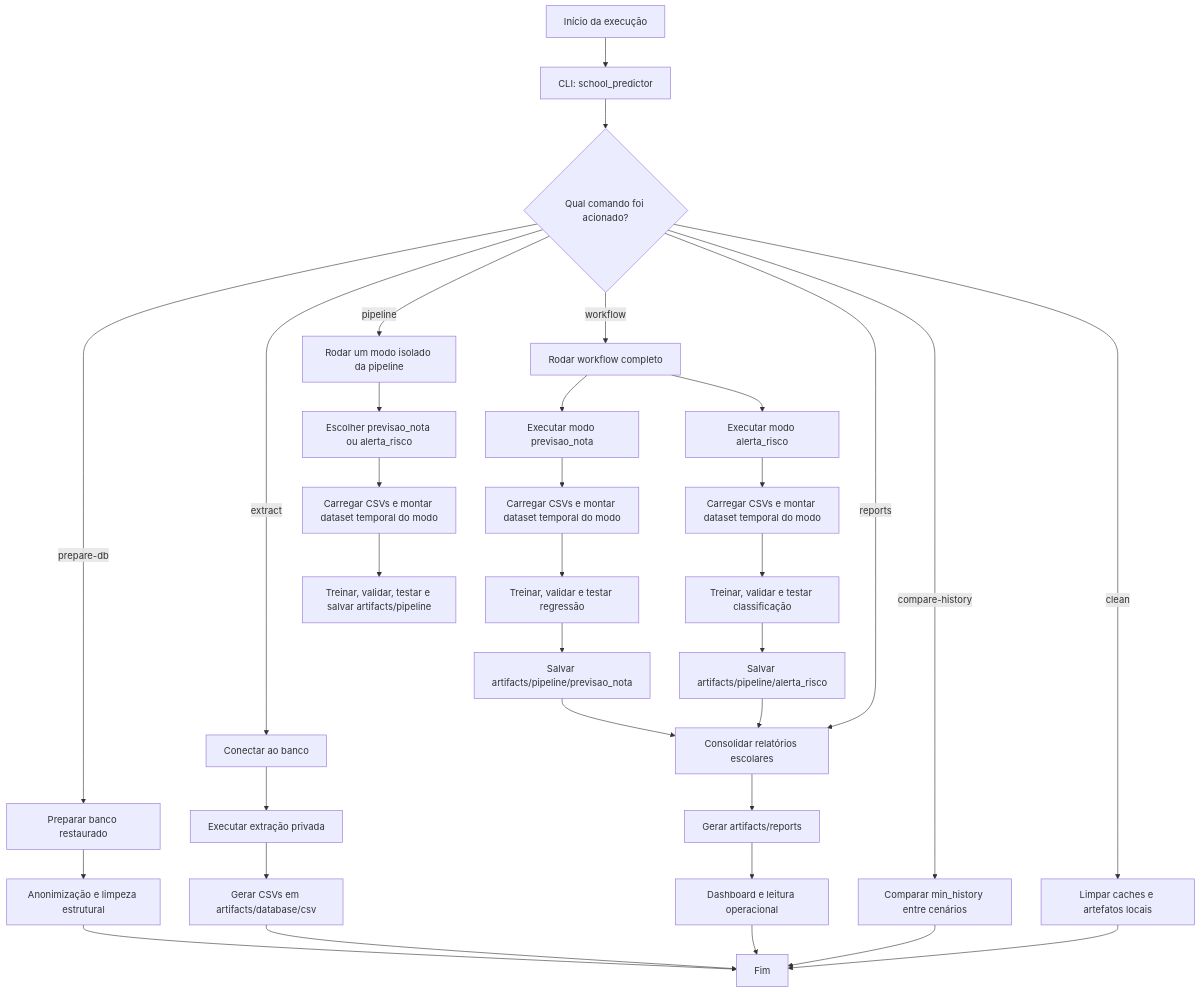
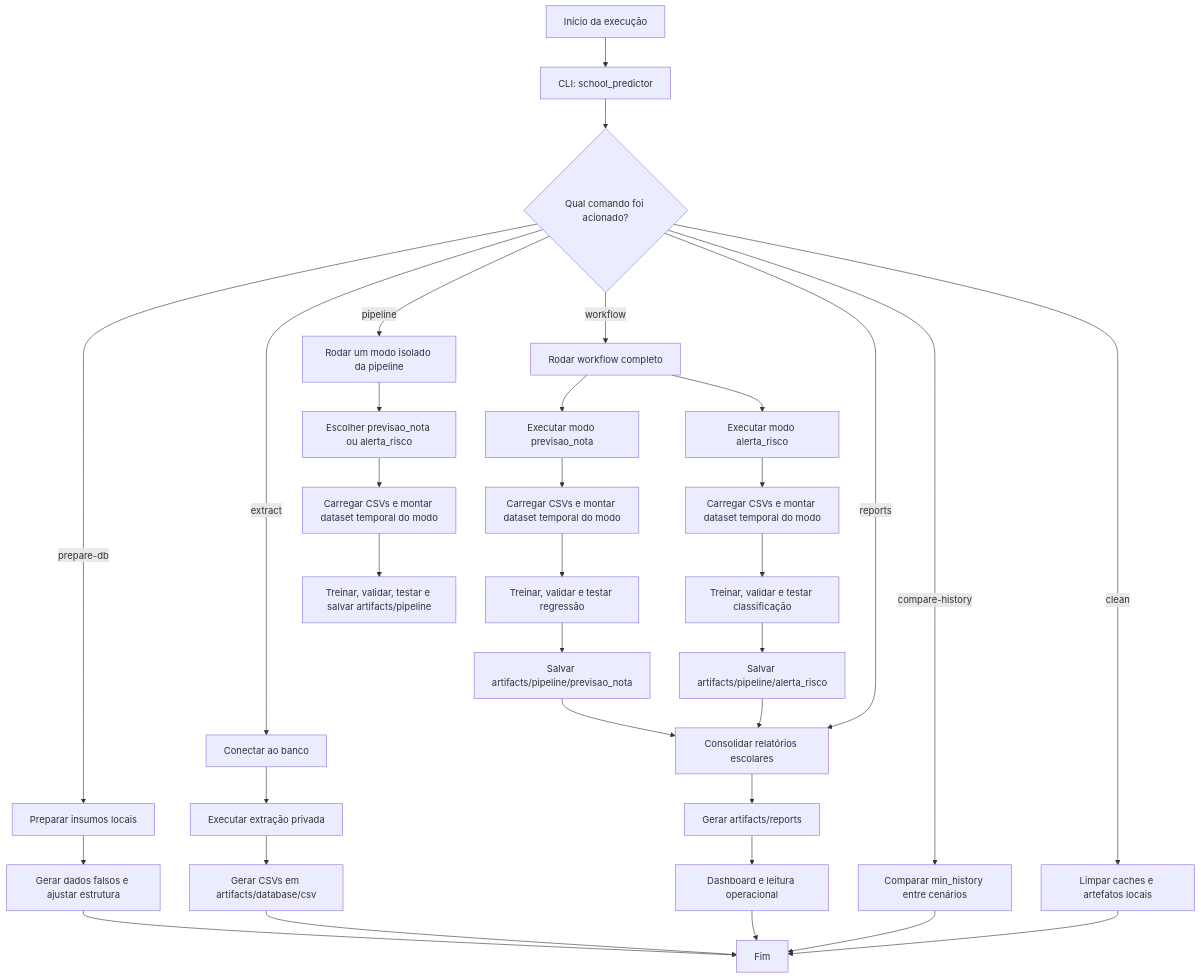
The diagram in diagrama/fluxo.md (Ley00/school-predictor), drawn with Mermaid before and after one commit. The commit also changed other lines of this file and 25 other files, not shown here.

````diff
--- a/diagrama/fluxo.md
+++ b/diagrama/fluxo.md
@@ -5,40 +5,40 @@
 ```mermaid
 flowchart TD
     A["Início da execução"] --> B["CLI: school_predictor"]
     B --> C{"Qual comando foi acionado?"}
 
-    C -->|prepare-db| D["Preparar banco restaurado"]
-    D --> D1["Anonimização e limpeza estrutural"]
+    C -->|prepare-db| D["Preparar insumos locais"]
+    D --> D1["Gerar dados falsos e ajustar estrutura"]
     D1 --> Z["Fim"]
 
     C -->|extract| E["Conectar ao banco"]
     E --> F["Executar extração privada"]
     F --> G["Gerar CSVs em artifacts/database/csv"]
     G --> Z
 
     C -->|workflow| H["Rodar workflow completo"]
     H --> I["Executar modo previsao_nota"]
     H --> J["Executar modo alerta_risco"]
     I --> K["Carregar CSVs e montar dataset temporal do modo"]
     J --> L["Carregar CSVs e montar dataset temporal do modo"]
     K --> M["Treinar, validar e testar regressão"]
     L --> N["Treinar, validar e testar classificação"]
     M --> P["Salvar artifacts/pipeline/previsao_nota"]
     N --> Q["Salvar artifacts/pipeline/alerta_risco"]
     P --> R["Consolidar relatórios escolares"]
     Q --> R
 
     C -->|pipeline| W["Rodar um modo isolado da pipeline"]
     W --> X["Escolher previsao_nota ou alerta_risco"]
     X --> Y["Carregar CSVs e montar dataset temporal do modo"]
     Y --> AA["Treinar, validar, testar e salvar artifacts/pipeline"]
     R --> S["Gerar artifacts/reports"]
     S --> T["Dashboard e leitura operacional"]
     T --> Z
 
     C -->|reports| R
     C -->|compare-history| U["Comparar min_history entre cenários"]
     U --> Z
     C -->|clean| V["Limpar caches e artefatos locais"]
     V --> Z
 ```
````
